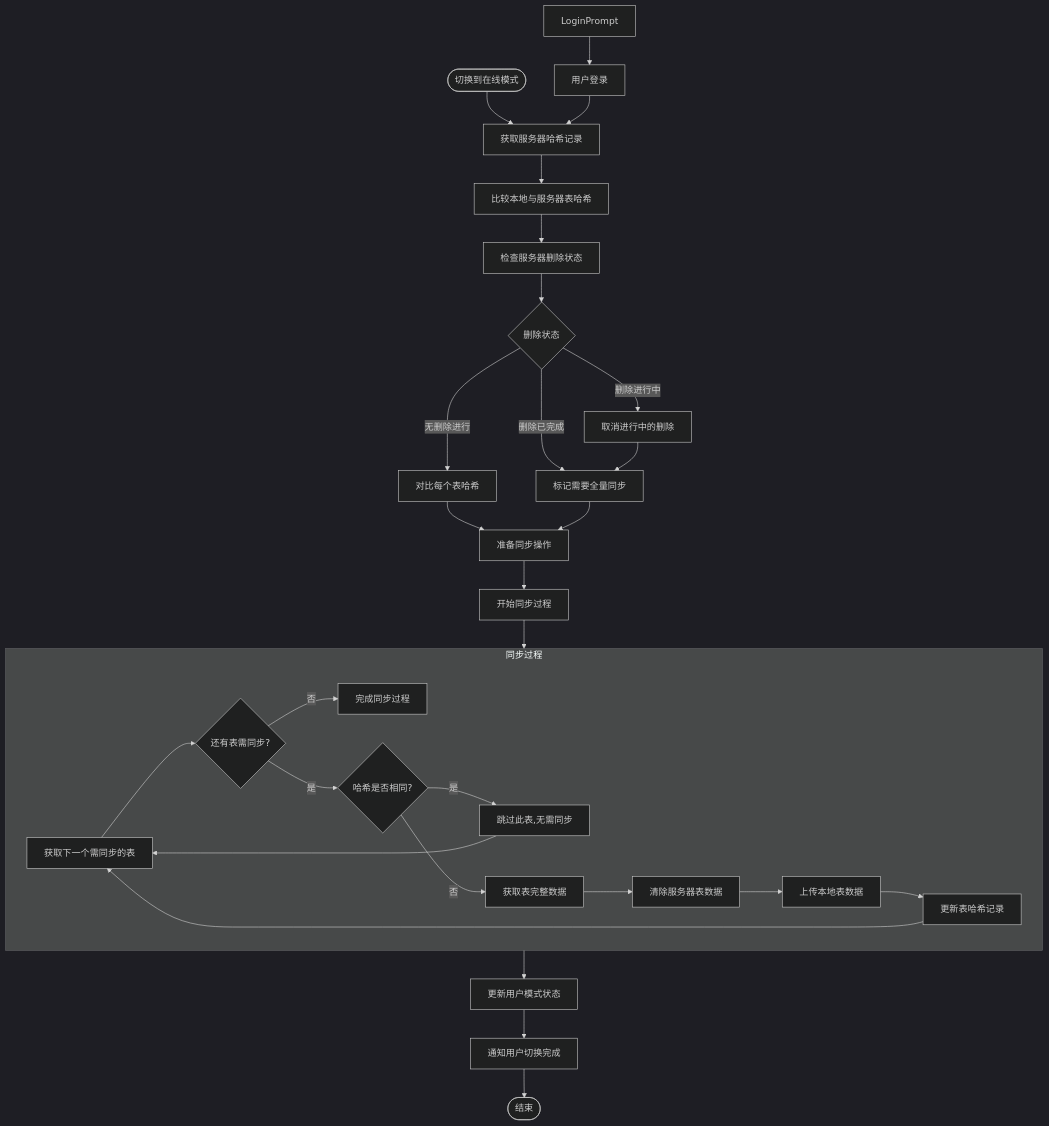
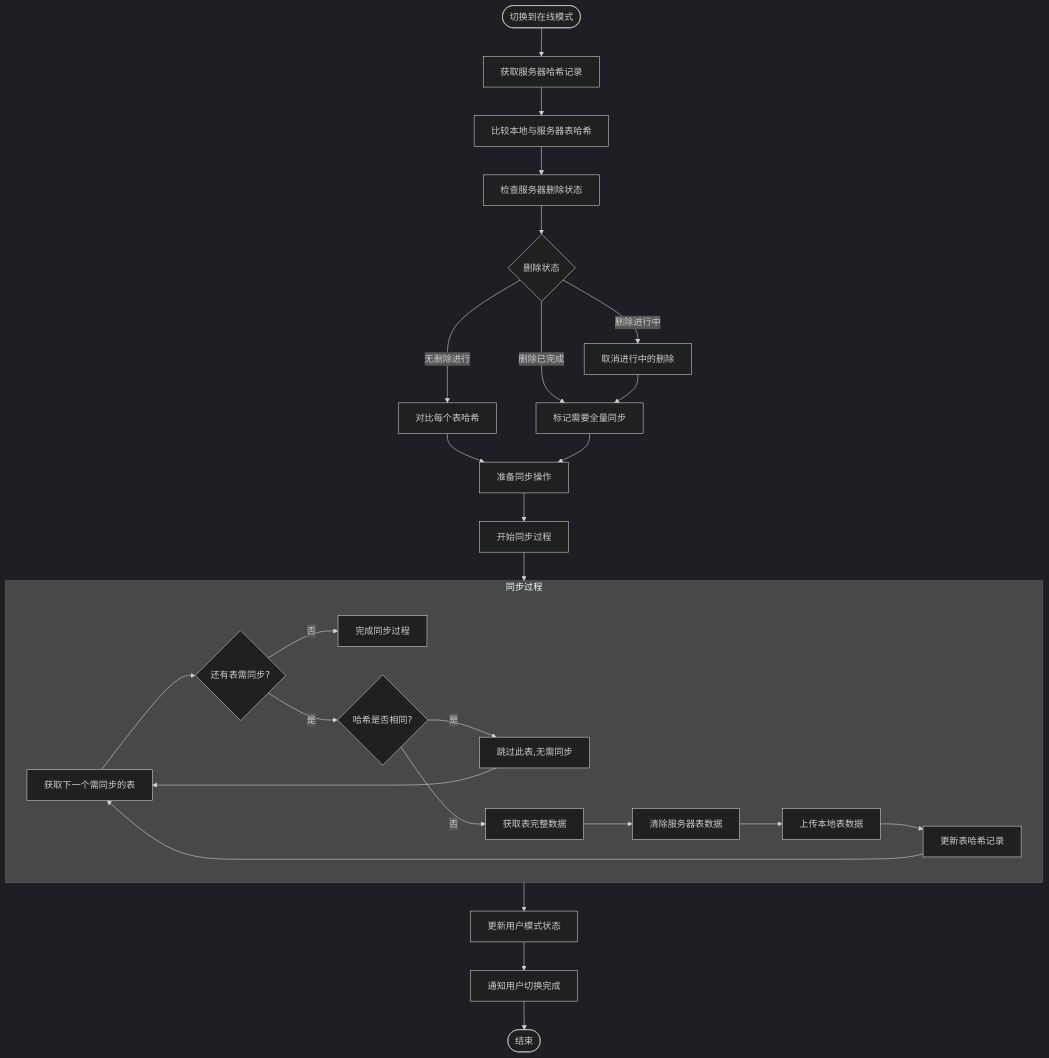
Before and after one commit to yingjianzh/iodraw-files: the diagram in all/未命名-51.md, drawn with Mermaid (dark theme).

Commit message:
2025-05-08 16:22:08 update

````diff
--- a/all/未命名-51.md
+++ b/all/未命名-51.md
@@ -1,43 +1,40 @@
 ```mermaid
 flowchart TD
     Start([切换到在线模式]) --> FetchServerHashes[获取服务器哈希记录]
-    
-    LoginPrompt --> UserLogin[用户登录]
-    UserLogin --> FetchServerHashes
     
     FetchServerHashes --> CompareTables[比较本地与服务器表哈希]
     CompareTables --> CheckDeletionStatus[检查服务器删除状态]
     
     CheckDeletionStatus --> DeletionState{删除状态}
     
     DeletionState -->|无删除进行| CompareHashes[对比每个表哈希]
     DeletionState -->|删除进行中| CancelDeletion[取消进行中的删除]
     DeletionState -->|删除已完成| ForceFullSync[标记需要全量同步]
     
     CancelDeletion --> ForceFullSync
     
     CompareHashes --> PrepareSync[准备同步操作]
     ForceFullSync --> PrepareSync
     
     PrepareSync --> BeginSyncProcess[开始同步过程]
     
     subgraph SyncProcess [同步过程]
         A[获取下一个需同步的表] --> B{还有表需同步?}
         B -->|否| CompleteSyncProcess[完成同步过程]
         B -->|是| C{哈希是否相同?}
         
         C -->|是| TablesSkipped[跳过此表,无需同步]
         C -->|否| D[获取表完整数据]
         TablesSkipped --> A
         
         D --> E[清除服务器表数据]
         E --> F[上传本地表数据]
         F --> G[更新表哈希记录]
         G --> A
     end
     
     BeginSyncProcess --> SyncProcess
     SyncProcess --> UpdateModeState[更新用户模式状态]
     UpdateModeState --> NotifyComplete[通知用户切换完成]
     NotifyComplete --> End([结束])
 ```
````
